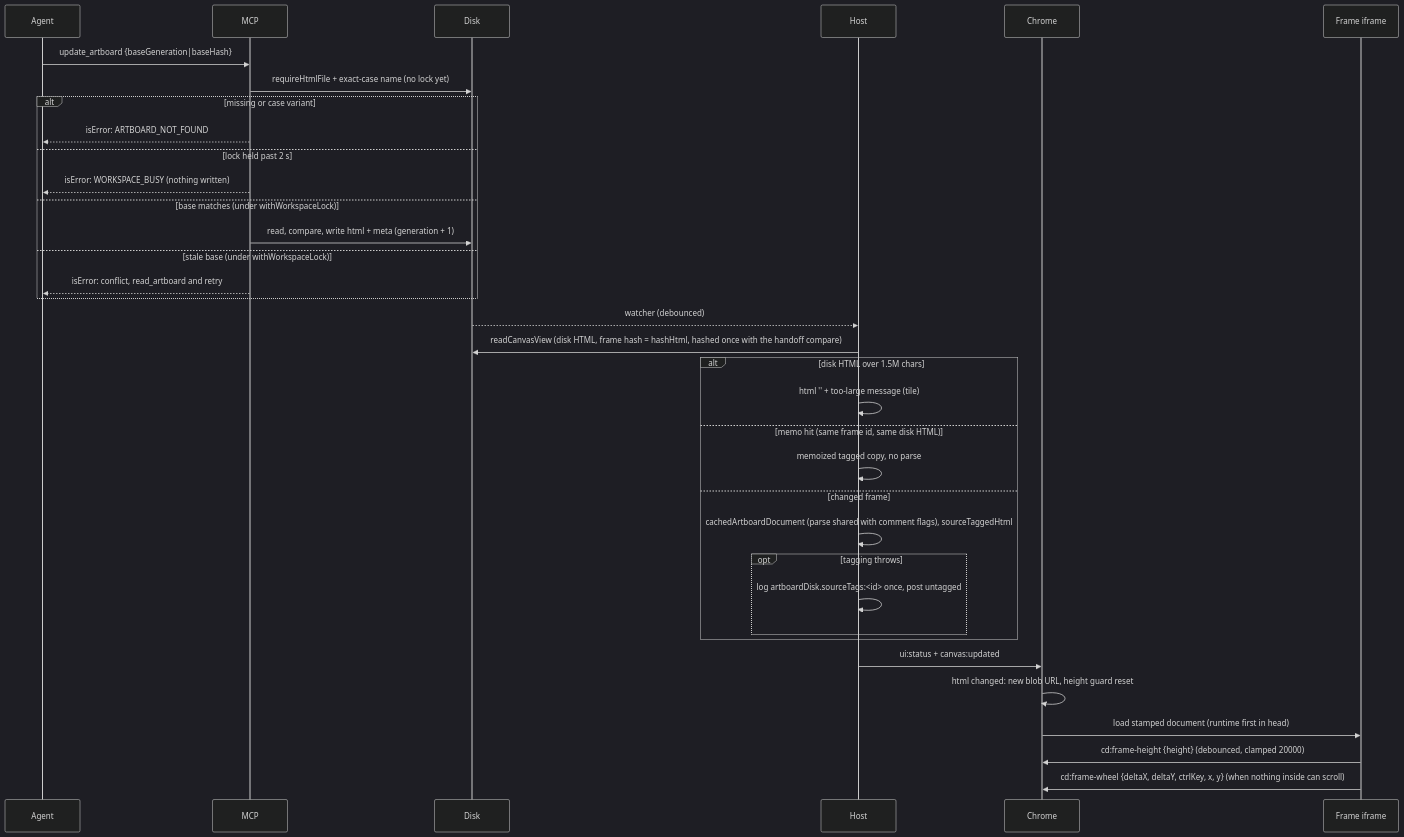
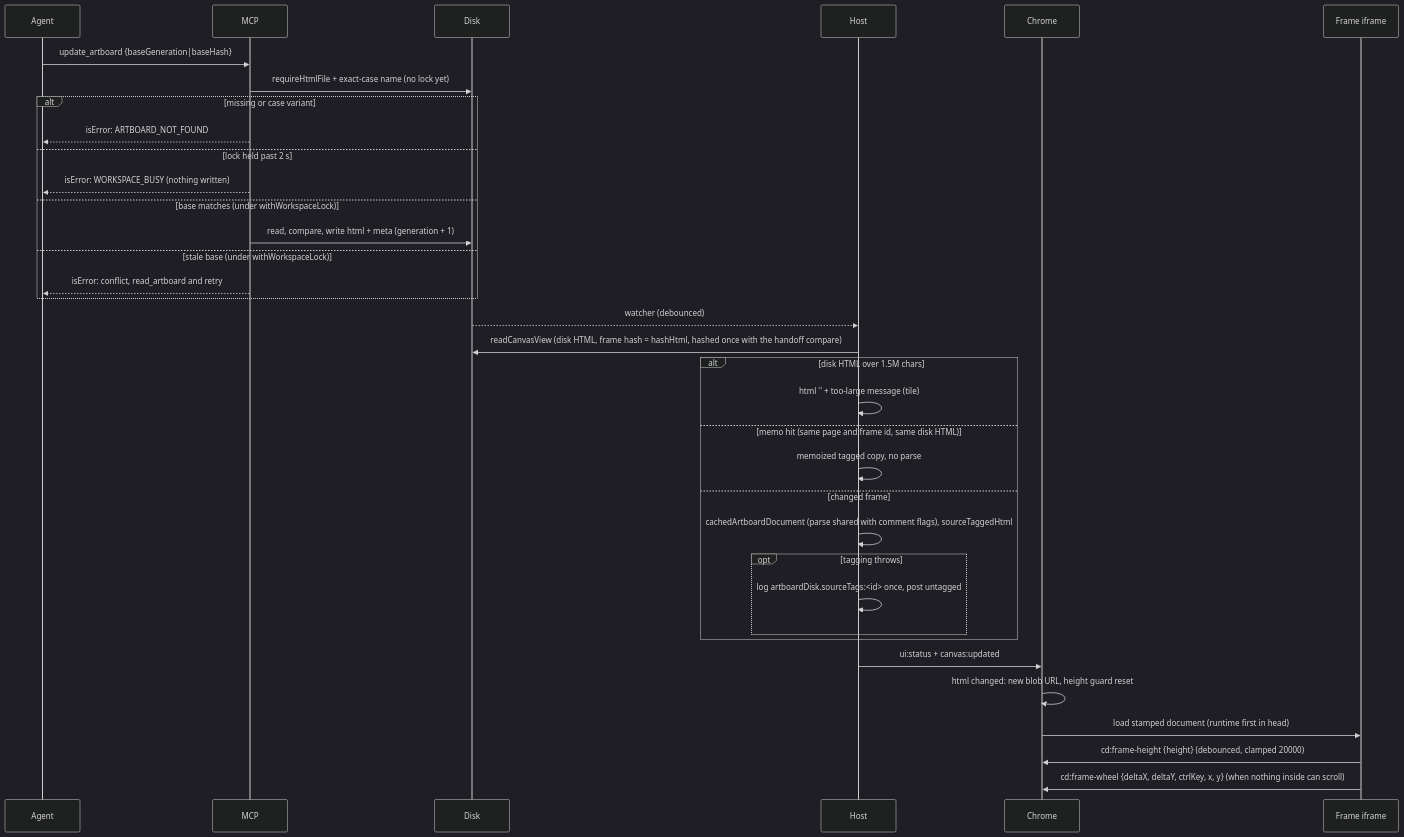
Before and after one commit to MarekBombera/cursor-design-extension: the fifth of 16 diagrams in blueprint/context/system-map.md, drawn with Mermaid (dark theme). The commit also changed other lines of this file and 17 other files, not shown here.

````diff
--- a/blueprint/context/system-map.md
+++ b/blueprint/context/system-map.md
@@ -309,37 +311,37 @@
 ```mermaid
 sequenceDiagram
   participant A as Agent
   participant M as MCP
   participant D as Disk
   participant H as Host
   participant C as Chrome
   participant F as Frame iframe
   A->>M: update_artboard {baseGeneration|baseHash}
   M->>D: requireHtmlFile + exact-case name (no lock yet)
   alt missing or case variant
     M-->>A: isError: ARTBOARD_NOT_FOUND
   else lock held past 2 s
     M-->>A: isError: WORKSPACE_BUSY (nothing written)
   else base matches (under withWorkspaceLock)
     M->>D: read, compare, write html + meta (generation + 1)
   else stale base (under withWorkspaceLock)
     M-->>A: isError: conflict, read_artboard and retry
   end
   D-->>H: watcher (debounced)
   H->>D: readCanvasView (disk HTML, frame hash = hashHtml, hashed once with the handoff compare)
   alt disk HTML over 1.5M chars
     H->>H: html '' + too-large message (tile)
-  else memo hit (same frame id, same disk HTML)
+  else memo hit (same page and frame id, same disk HTML)
     H->>H: memoized tagged copy, no parse
   else changed frame
     H->>H: cachedArtboardDocument (parse shared with comment flags), sourceTaggedHtml
     opt tagging throws
       H->>H: log artboardDisk.sourceTags:<id> once, post untagged
     end
   end
   H->>C: ui:status + canvas:updated
   C->>C: html changed: new blob URL, height guard reset
   C->>F: load stamped document (runtime first in head)
   F->>C: cd:frame-height {height} (debounced, clamped 20000)
   F->>C: cd:frame-wheel {deltaX, deltaY, ctrlKey, x, y} (when nothing inside can scroll)
 ```
````
